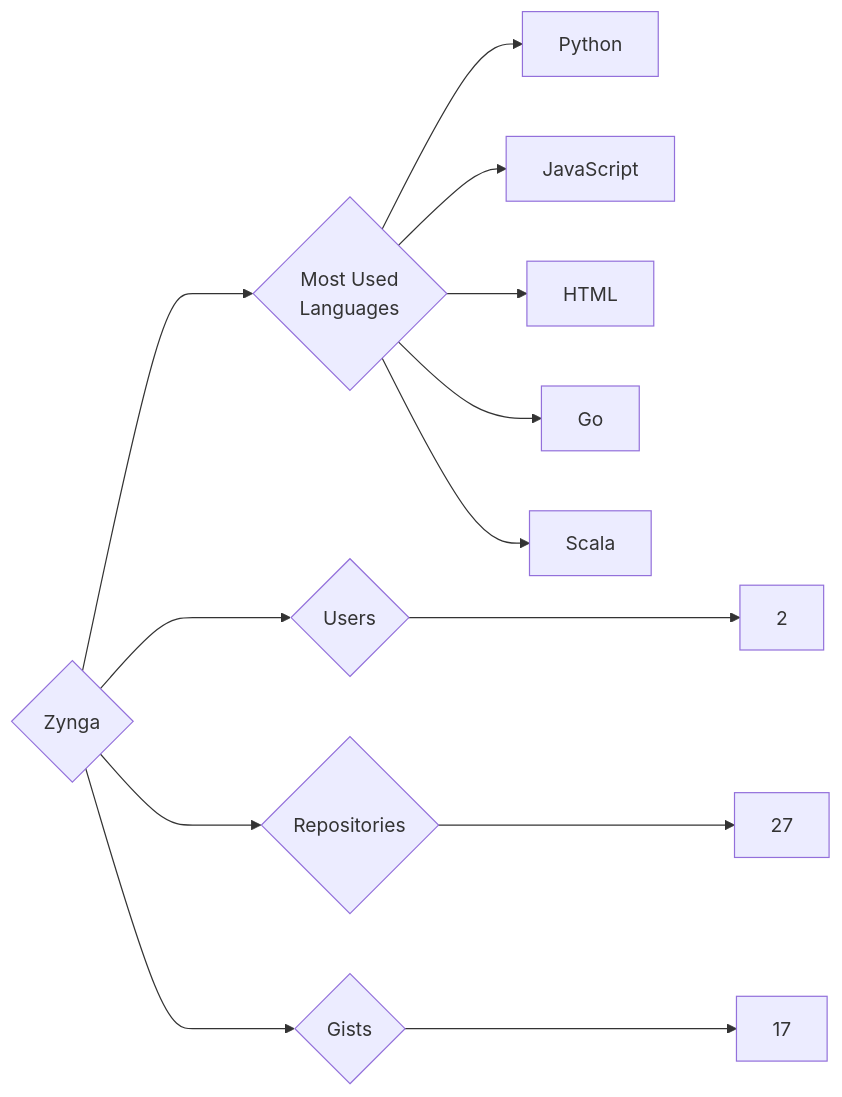
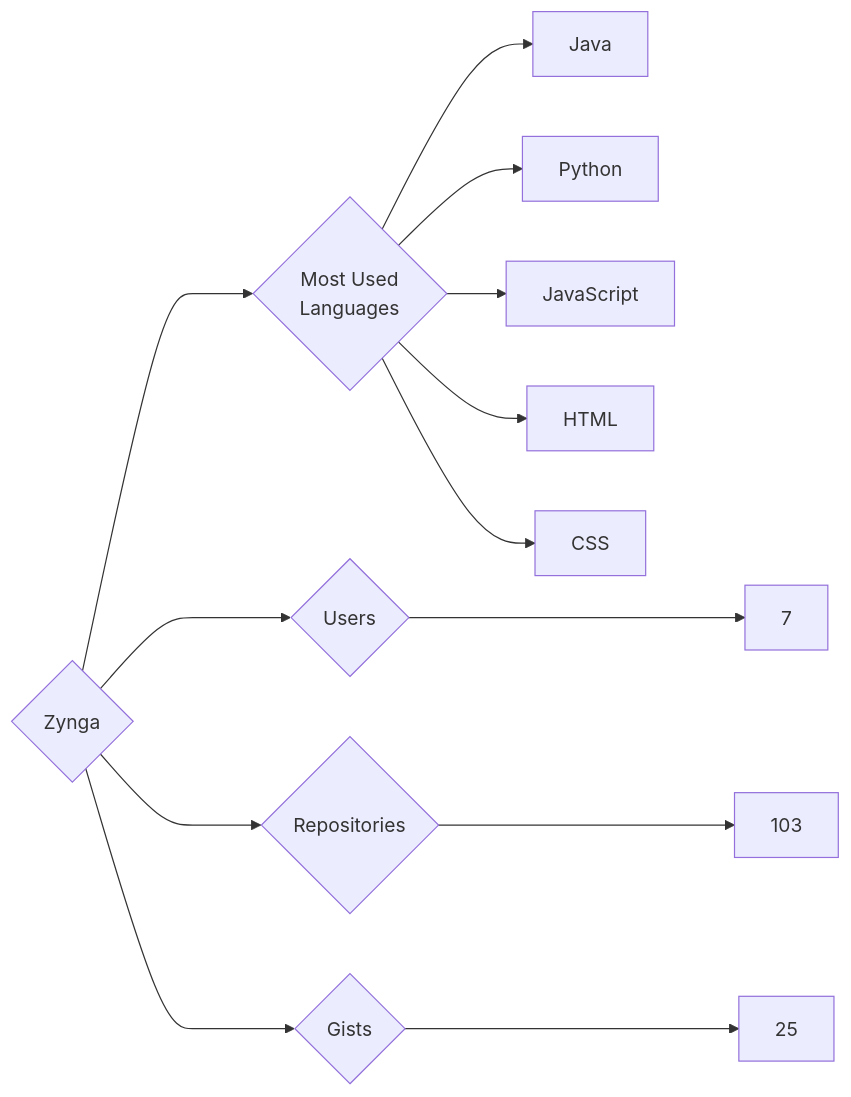
Before and after one commit to trickest/insiders: the diagram in targets/Zynga/README.md, drawn with Mermaid. The commit also changed 773 other files, not shown here.

````diff
--- a/targets/Zynga/README.md
+++ b/targets/Zynga/README.md
@@ -3,13 +3,13 @@
 ```mermaid
 graph LR
 COMPANY_NAME{Zynga}
-COMPANY_NAME ---> U{Users} ---> UN[2]
-COMPANY_NAME ---> R{Repositories} ---> RN[27]
-COMPANY_NAME ---> G{Gists} ---> GN[17]
+COMPANY_NAME ---> U{Users} ---> UN[7]
+COMPANY_NAME ---> R{Repositories} ---> RN[103]
+COMPANY_NAME ---> G{Gists} ---> GN[25]
 COMPANY_NAME ---> ML{Most Used<br>Languages}
+ML --> Java[Java]
 ML --> Python[Python]
 ML --> JavaScript[JavaScript]
 ML --> HTML[HTML]
-ML --> Go[Go]
-ML --> Scala[Scala]
+ML --> CSS[CSS]
 ```
````
